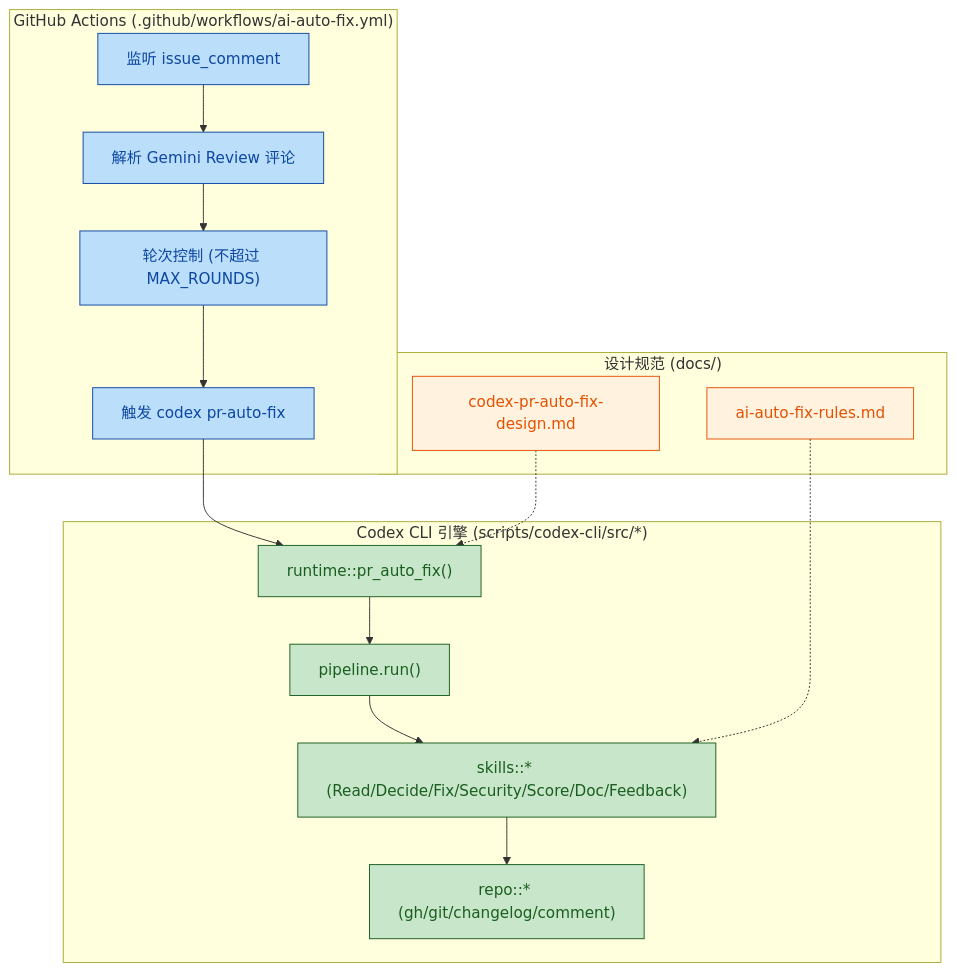
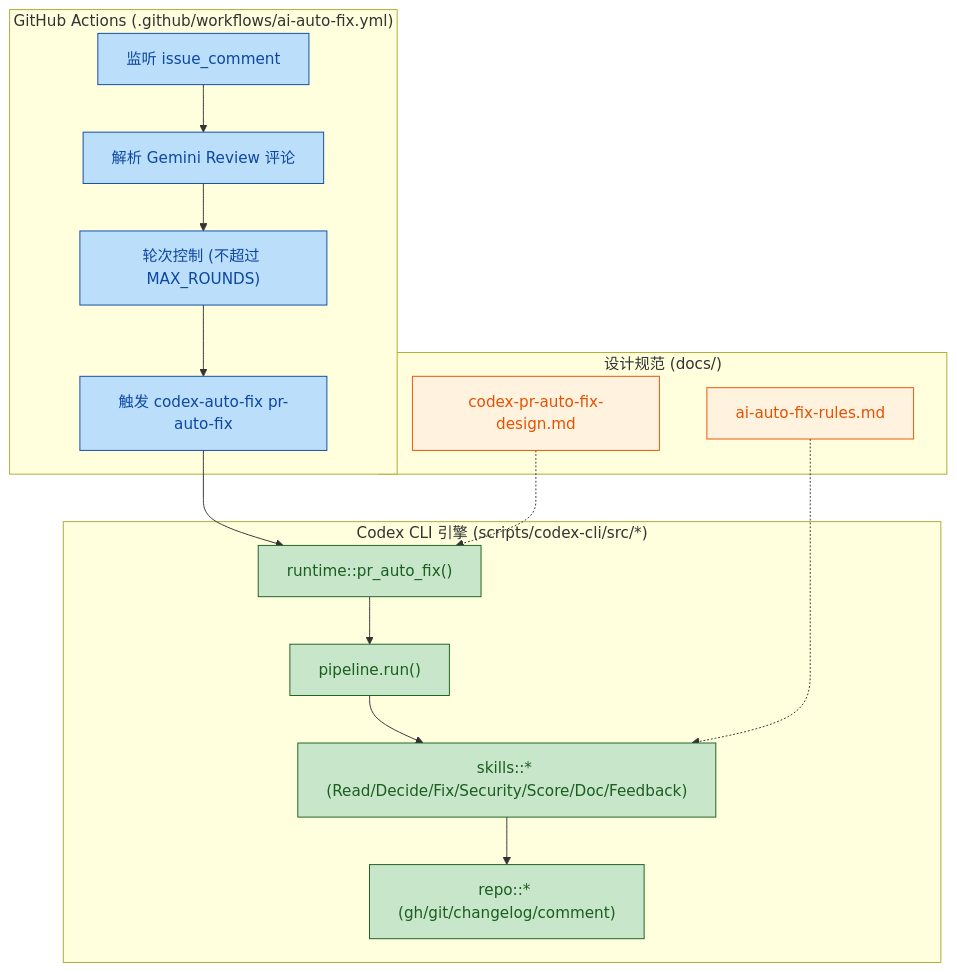
Before and after one commit to peanutDD/NexusVault: the diagram in docs/design-docs/auto-review.md, drawn with Mermaid. The commit also changed other lines of this file and 45 other files, not shown here.

````diff
--- a/docs/design-docs/auto-review.md
+++ b/docs/design-docs/auto-review.md
@@ -11,24 +11,24 @@
 ```mermaid
 graph TD
     classDef action fill:#bbdefb,stroke:#0d47a1,color:#0d47a1
     classDef script fill:#c8e6c9,stroke:#1a5e20,color:#1a5e20
     classDef doc fill:#fff3e0,stroke:#e65100,color:#e65100
 
     subgraph Actions ["GitHub Actions (.github/workflows/ai-auto-fix.yml)"]
         A["监听 issue_comment"]:::action --> B["解析 Gemini Review 评论"]:::action
         B --> C["轮次控制 (不超过 MAX_ROUNDS)"]:::action
-        C --> D["触发 codex pr-auto-fix"]:::action
+        C --> D["触发 codex-auto-fix pr-auto-fix"]:::action
     end
 
     subgraph CLI ["Codex CLI 引擎 (scripts/codex-cli/src/*)"]
         D --> E["runtime::pr_auto_fix()"]:::script
         E --> F["pipeline.run()"]:::script
         F --> G["skills::* (Read/Decide/Fix/Security/Score/Doc/Feedback)"]:::script
         G --> H["repo::* (gh/git/changelog/comment)"]:::script
     end
 
     subgraph Docs ["设计规范 (docs/)"]
         K["ai-auto-fix-rules.md"]:::doc -.-> G
         L["codex-pr-auto-fix-design.md"]:::doc -.-> E
     end
 ```
````
